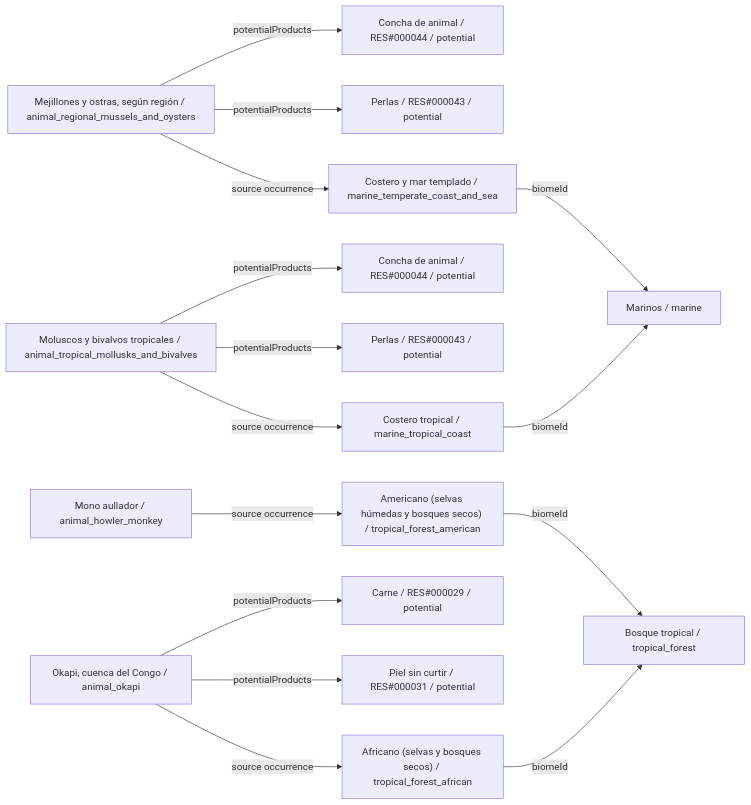
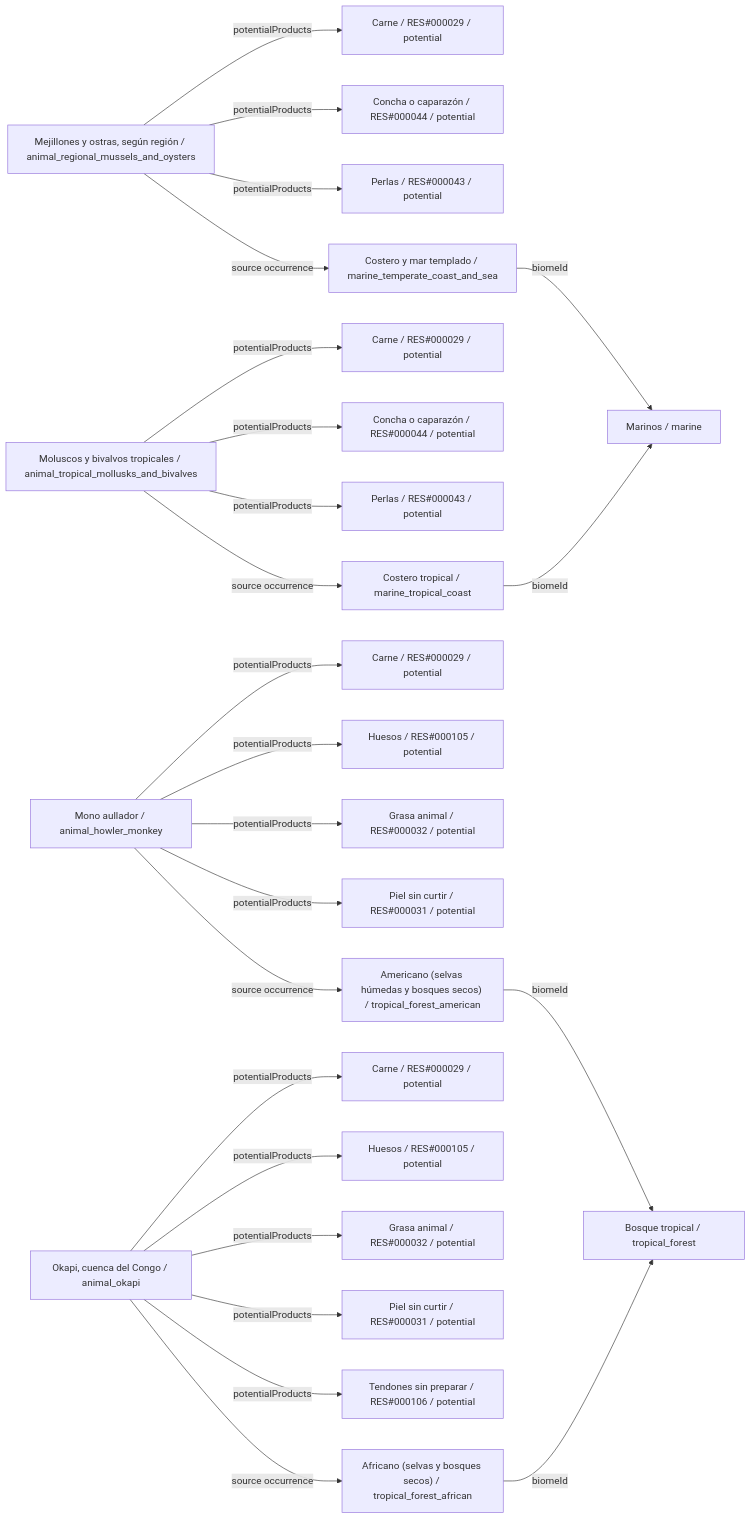
Diagram 16 of 26 in data/animals/DIAGRAMS.es.md (fgabo404/EvolveDoc), drawn with Mermaid before and after one commit. The commit also changed other lines of this file and 44 other files, not shown here.

````diff
--- a/data/animals/DIAGRAMS.es.md
+++ b/data/animals/DIAGRAMS.es.md
@@ -783,33 +1125,51 @@
 ```mermaid
 flowchart LR
     c0["Mejillones y ostras, según región / animal_regional_mussels_and_oysters"]
     v20["Costero y mar templado / marine_temperate_coast_and_sea"]
     b5["Marinos / marine"]
-    o0_0["Concha de animal / RES#000044 / potential"]
-    o0_1["Perlas / RES#000043 / potential"]
+    o0_0["Carne / RES#000029 / potential"]
+    o0_1["Concha o caparazón / RES#000044 / potential"]
+    o0_2["Perlas / RES#000043 / potential"]
     c1["Moluscos y bivalvos tropicales / animal_tropical_mollusks_and_bivalves"]
     v19["Costero tropical / marine_tropical_coast"]
-    o1_0["Concha de animal / RES#000044 / potential"]
-    o1_1["Perlas / RES#000043 / potential"]
+    o1_0["Carne / RES#000029 / potential"]
+    o1_1["Concha o caparazón / RES#000044 / potential"]
+    o1_2["Perlas / RES#000043 / potential"]
     c2["Mono aullador / animal_howler_monkey"]
     v0["Americano (selvas húmedas y bosques secos) / tropical_forest_american"]
     b0["Bosque tropical / tropical_forest"]
+    o2_0["Carne / RES#000029 / potential"]
+    o2_1["Huesos / RES#000105 / potential"]
+    o2_2["Grasa animal / RES#000032 / potential"]
+    o2_3["Piel sin curtir / RES#000031 / potential"]
     c3["Okapi, cuenca del Congo / animal_okapi"]
     v1["Africano (selvas y bosques secos) / tropical_forest_african"]
     o3_0["Carne / RES#000029 / potential"]
-    o3_1["Piel sin curtir / RES#000031 / potential"]
+    o3_1["Huesos / RES#000105 / potential"]
+    o3_2["Grasa animal / RES#000032 / potential"]
+    o3_3["Piel sin curtir / RES#000031 / potential"]
+    o3_4["Tendones sin preparar / RES#000106 / potential"]
     c0 -->|potentialProducts| o0_0
     c0 -->|potentialProducts| o0_1
+    c0 -->|potentialProducts| o0_2
     c0 -->|source occurrence| v20
     c1 -->|potentialProducts| o1_0
     c1 -->|potentialProducts| o1_1
+    c1 -->|potentialProducts| o1_2
     c1 -->|source occurrence| v19
+    c2 -->|potentialProducts| o2_0
+    c2 -->|potentialProducts| o2_1
+    c2 -->|potentialProducts| o2_2
+    c2 -->|potentialProducts| o2_3
     c2 -->|source occurrence| v0
     c3 -->|potentialProducts| o3_0
     c3 -->|potentialProducts| o3_1
+    c3 -->|potentialProducts| o3_2
+    c3 -->|potentialProducts| o3_3
+    c3 -->|potentialProducts| o3_4
     c3 -->|source occurrence| v1
     v0 -->|biomeId| b0
     v1 -->|biomeId| b0
     v19 -->|biomeId| b5
     v20 -->|biomeId| b5
 ```
````
